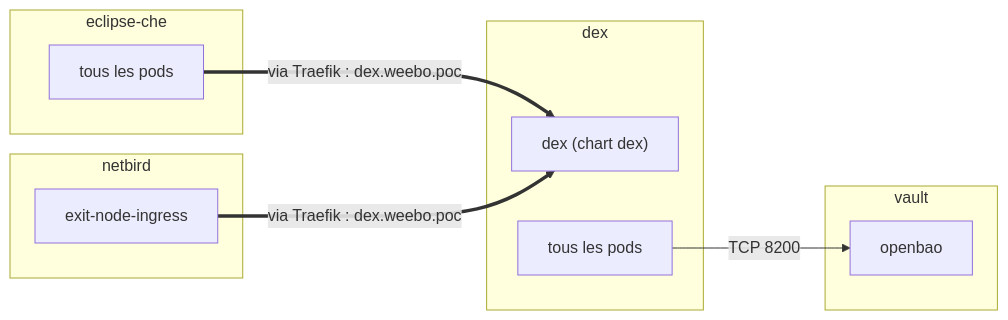
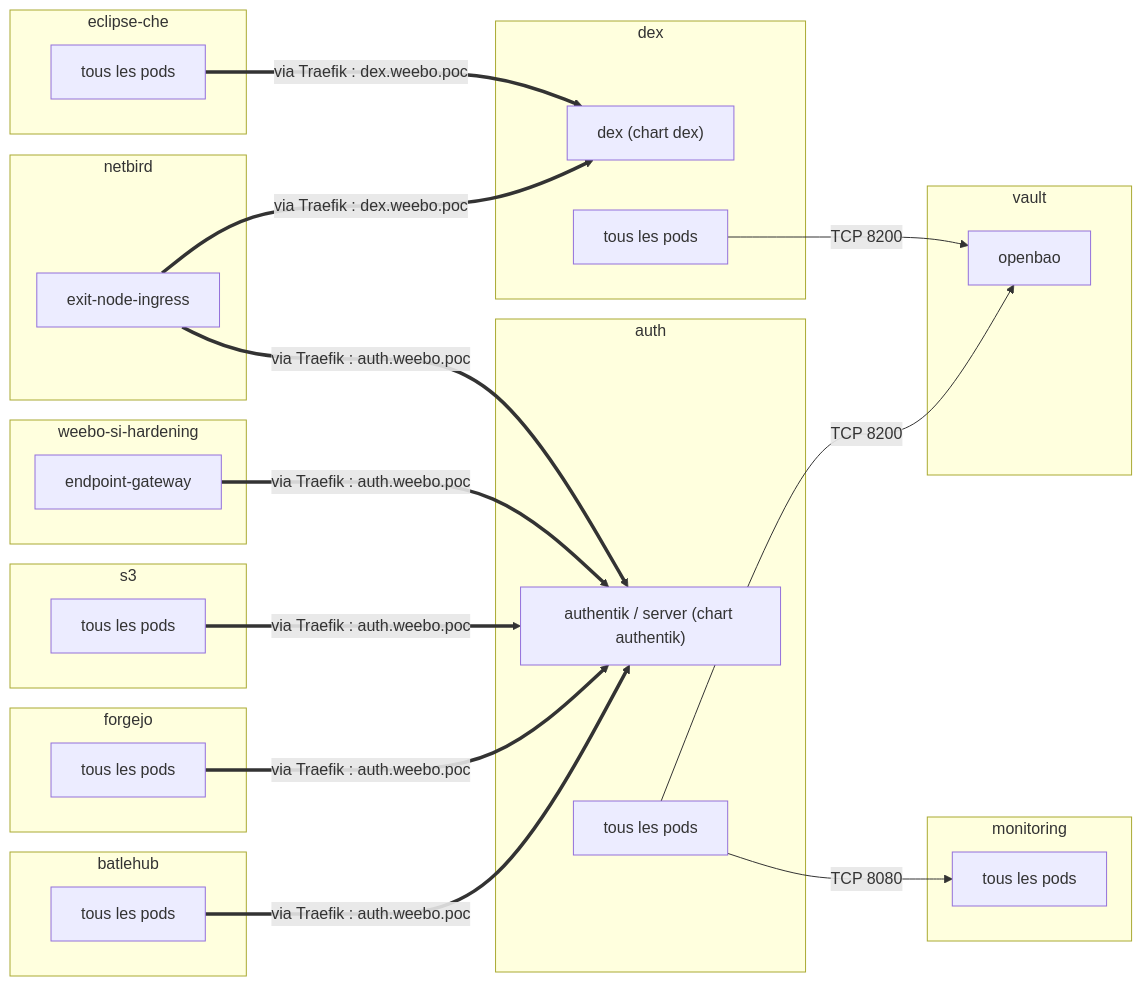
The second of 2 diagrams in 0.docs/content/docs/security/network-flows/auth.mdx (batleforc/weebo-si), drawn with Mermaid before and after one commit. The commit also changed other lines of this file and 10 other files, not shown here.

First line of the commit message:
feat(cilium): default deny wave 3, ingress for database, monitoring, auth, cert-manager, external-secrets and vault-operator

````diff
--- a/0.docs/content/docs/security/network-flows/auth.mdx
+++ b/0.docs/content/docs/security/network-flows/auth.mdx
@@ -43,19 +56,45 @@
 ```mermaid
 flowchart LR
+  subgraph ns_auth["auth"]
+    n_ns_auth_3aba95["authentik / server (chart authentik)"]
+    n_ns_auth_895bb8["tous les pods"]
+  end
+  subgraph ns_batlehub["batlehub"]
+    n_ns_batlehub_62b5f7["tous les pods"]
+  end
   subgraph ns_dex["dex"]
     n_ns_dex_bea24e["dex (chart dex)"]
     n_ns_dex_d4c810["tous les pods"]
   end
   subgraph ns_eclipse_che["eclipse-che"]
     n_ns_eclipse_che_43d24e["tous les pods"]
   end
+  subgraph ns_forgejo["forgejo"]
+    n_ns_forgejo_90cc22["tous les pods"]
+  end
+  subgraph ns_monitoring["monitoring"]
+    n_ns_monitoring_1d4c40["tous les pods"]
+  end
   subgraph ns_netbird["netbird"]
     n_ns_netbird_45c447["exit-node-ingress"]
+  end
+  subgraph ns_s3["s3"]
+    n_ns_s3_0ff49c["tous les pods"]
   end
   subgraph ns_vault["vault"]
     n_ns_vault_da07f8["openbao"]
   end
+  subgraph ns_weebo_si_hardening["weebo-si-hardening"]
+    n_ns_weebo_si_hardening_98b8dc["endpoint-gateway"]
+  end
+  n_ns_auth_895bb8 -->|"TCP 8080"| n_ns_monitoring_1d4c40
+  n_ns_auth_895bb8 -->|"TCP 8200"| n_ns_vault_da07f8
+  n_ns_batlehub_62b5f7 ==>|"via Traefik : auth.weebo.poc"| n_ns_auth_3aba95
   n_ns_dex_d4c810 -->|"TCP 8200"| n_ns_vault_da07f8
   n_ns_eclipse_che_43d24e ==>|"via Traefik : dex.weebo.poc"| n_ns_dex_bea24e
+  n_ns_forgejo_90cc22 ==>|"via Traefik : auth.weebo.poc"| n_ns_auth_3aba95
+  n_ns_netbird_45c447 ==>|"via Traefik : auth.weebo.poc"| n_ns_auth_3aba95
   n_ns_netbird_45c447 ==>|"via Traefik : dex.weebo.poc"| n_ns_dex_bea24e
+  n_ns_s3_0ff49c ==>|"via Traefik : auth.weebo.poc"| n_ns_auth_3aba95
+  n_ns_weebo_si_hardening_98b8dc ==>|"via Traefik : auth.weebo.poc"| n_ns_auth_3aba95
 ```
````
